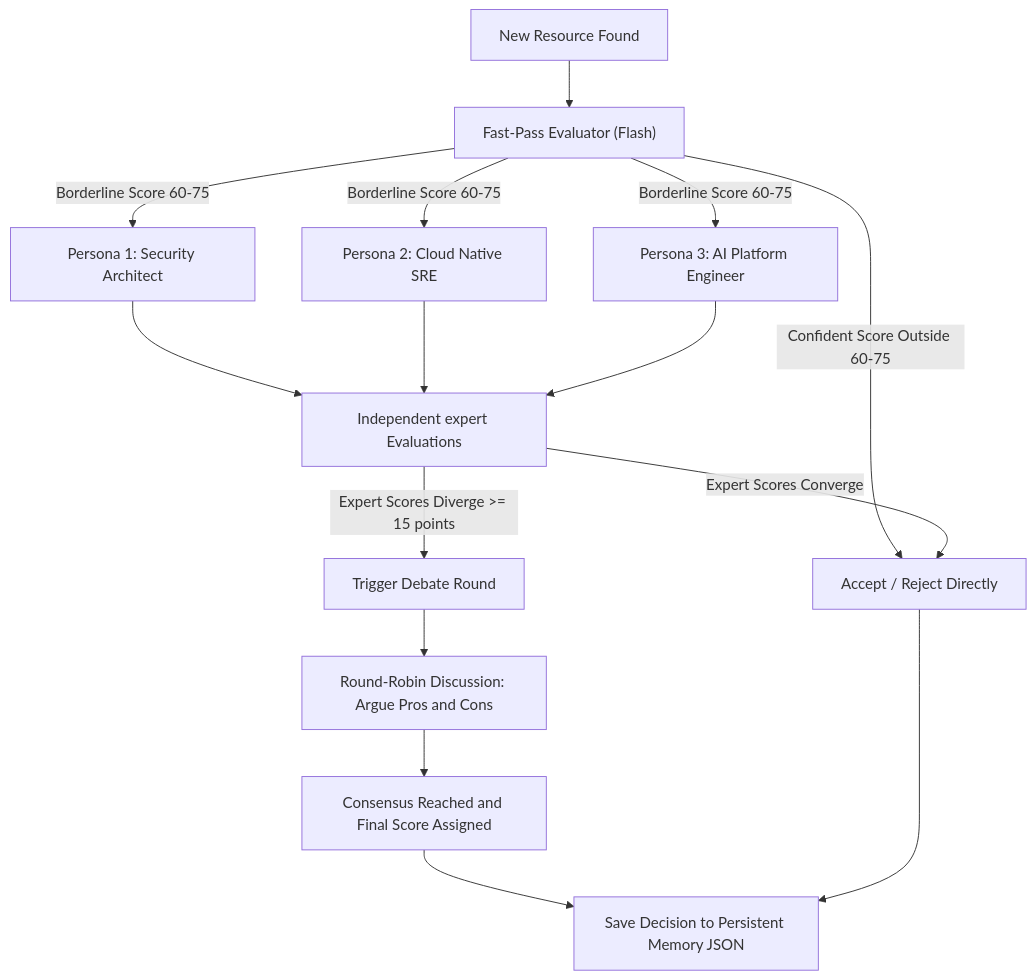
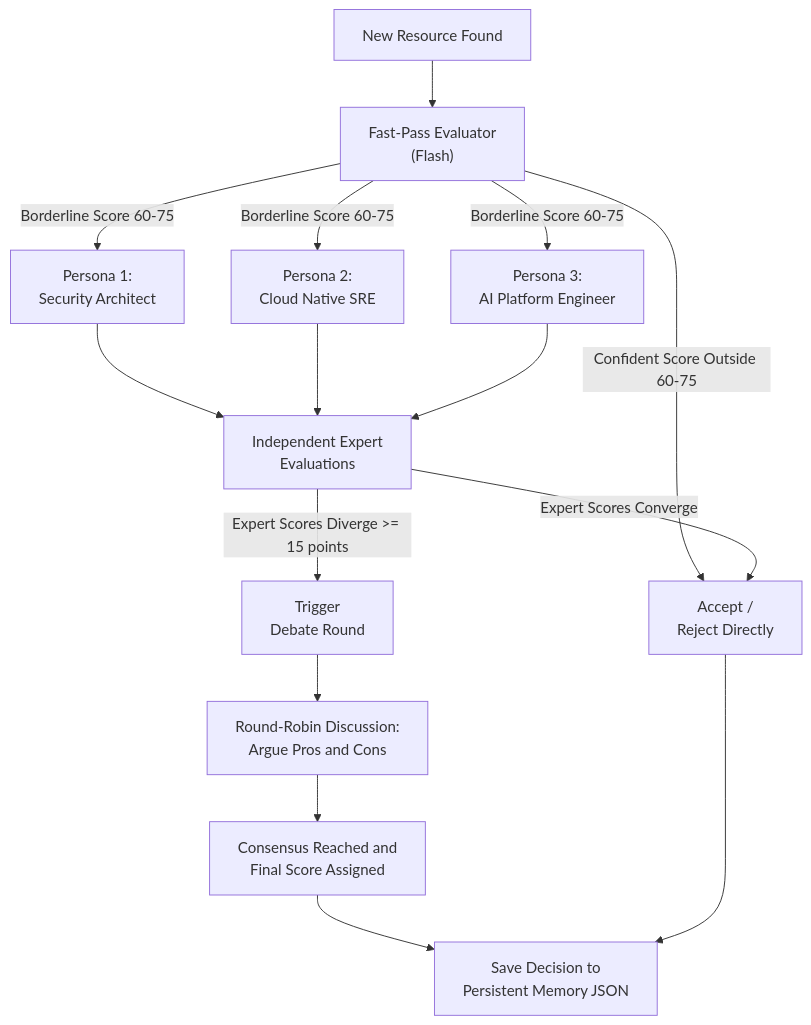
One commit to sec-js/awesome-kubernetes changed diagram 11 of 14 in README.md. Above: the diagram before and after it, drawn with Mermaid. The commit also changed other lines of this file, not shown here.

First line of the commit message:
docs(readme): DB architecture + full lifecycle mermaid diagrams, fix label cutoffs, refresh V2 features

````diff
--- a/README.md
+++ b/README.md
@@ -877,17 +962,17 @@
 ```mermaid
 graph TD
-    A["New Resource Found"] --> FP["Fast-Pass Evaluator (Flash)"]
-    FP -->|Confident Score Outside 60-75| G["Accept / Reject Directly"]
-    FP -->|Borderline Score 60-75| B["Persona 1: Security Architect"]
-    FP -->|Borderline Score 60-75| C["Persona 2: Cloud Native SRE"]
-    FP -->|Borderline Score 60-75| D["Persona 3: AI Platform Engineer"]
-    B --> E["Independent expert Evaluations"]
+    A["New Resource Found"] --> FP["Fast-Pass Evaluator<br/>(Flash)"]
+    FP -->|Confident Score Outside 60-75| G["Accept /<br/>Reject Directly"]
+    FP -->|Borderline Score 60-75| B["Persona 1:<br/>Security Architect"]
+    FP -->|Borderline Score 60-75| C["Persona 2:<br/>Cloud Native SRE"]
+    FP -->|Borderline Score 60-75| D["Persona 3:<br/>AI Platform Engineer"]
+    B --> E["Independent Expert<br/>Evaluations"]
     C --> E
     D --> E
-    E -->|Expert Scores Diverge >= 15 points| F["Trigger Debate Round"]
+    E -->|Expert Scores Diverge >= 15 points| F["Trigger<br/>Debate Round"]
     E -->|Expert Scores Converge| G
-    F --> H["Round-Robin Discussion: Argue Pros and Cons"]
-    H --> I["Consensus Reached and Final Score Assigned"]
-    I --> J["Save Decision to Persistent Memory JSON"]
+    F --> H["Round-Robin Discussion:<br/>Argue Pros and Cons"]
+    H --> I["Consensus Reached and<br/>Final Score Assigned"]
+    I --> J["Save Decision to<br/>Persistent Memory JSON"]
     G --> J
 ```
````
